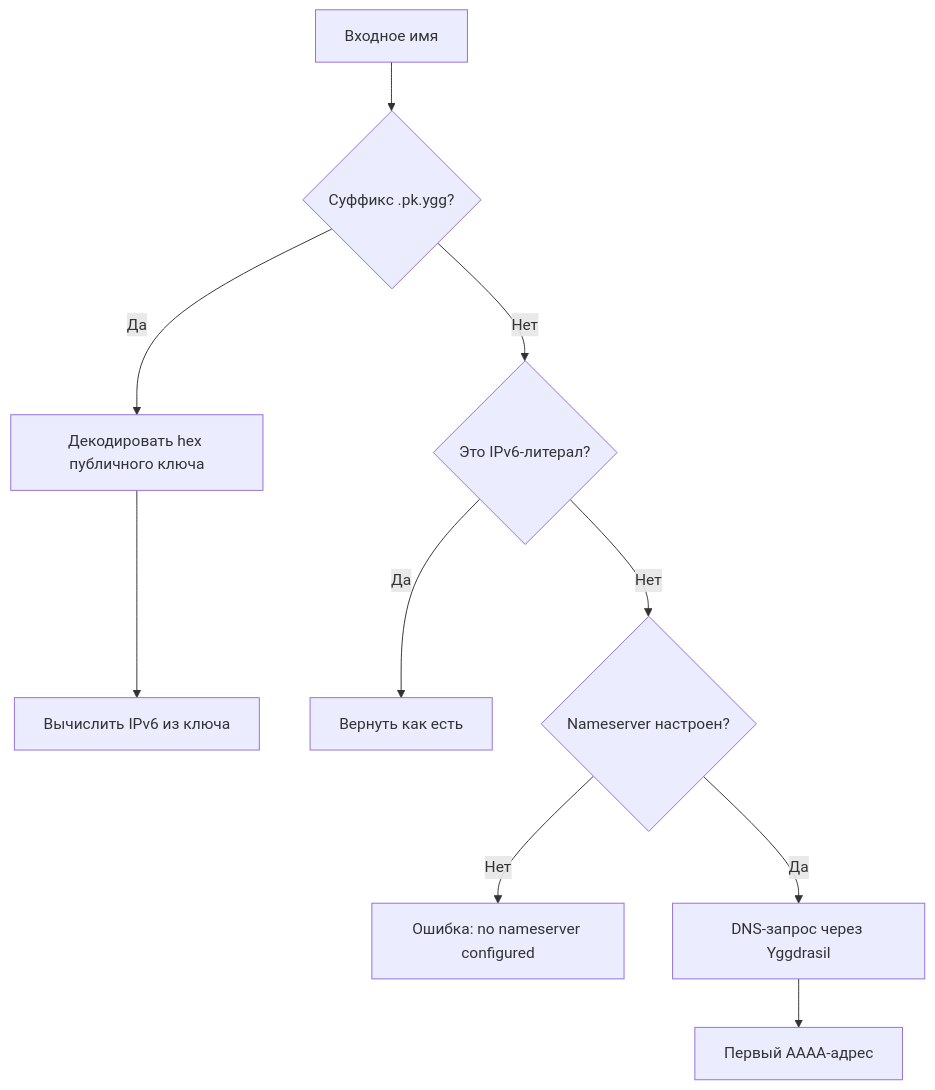
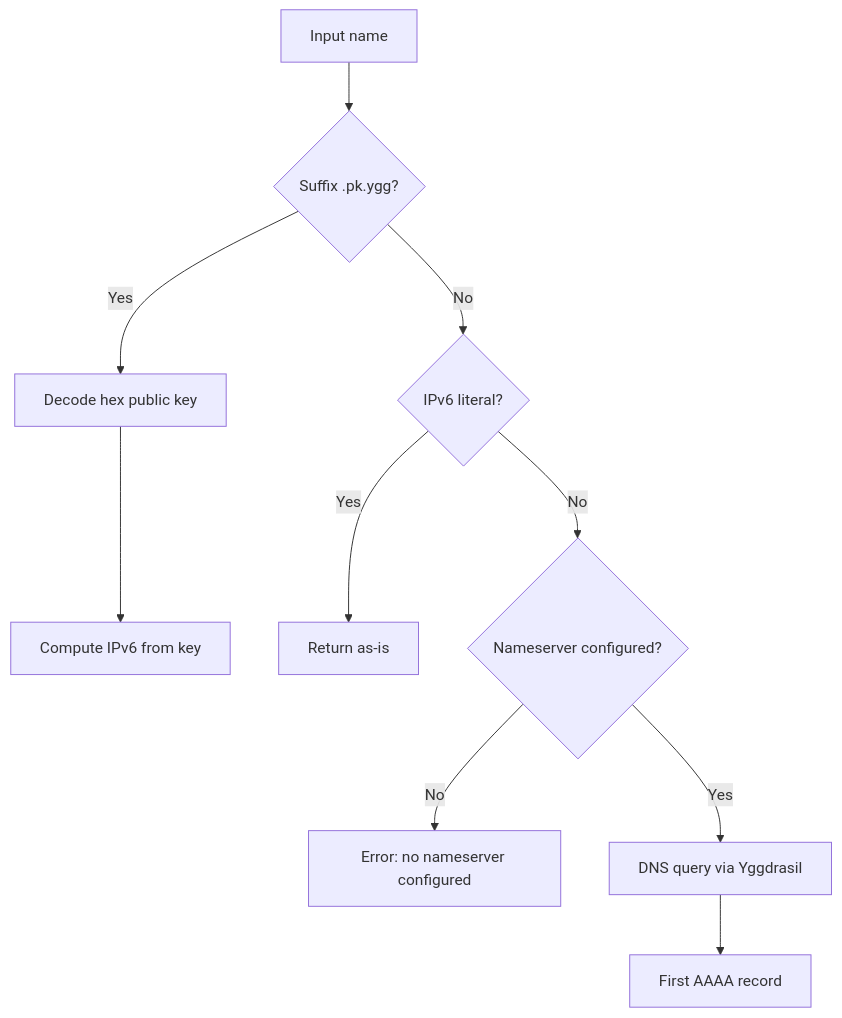
One commit to voluminor/ratatoskr changed the seventh of 11 diagrams in README.md. Above: the diagram before and after it, drawn with Mermaid. The commit also changed other lines of this file and 1 other file, not shown here.

````diff
--- a/README.md
+++ b/README.md
@@ -358,13 +360,13 @@
 ```mermaid
 flowchart TD
-    Input[Входное имя]
-    Input --> PK{Суффикс .pk.ygg?}
-    PK -->|Да| HEX[Декодировать hex публичного ключа]
-    HEX --> ADDR[Вычислить IPv6 из ключа]
-    PK -->|Нет| IP{Это IPv6-литерал?}
-    IP -->|Да| PASS[Вернуть как есть]
-    IP -->|Нет| NS{Nameserver настроен?}
-    NS -->|Нет| ERR[Ошибка: no nameserver configured]
-    NS -->|Да| DNS[DNS-запрос через Yggdrasil]
-    DNS --> RESULT[Первый AAAA-адрес]
+    Input[Input name]
+    Input --> PK{Suffix .pk.ygg?}
+    PK -->|Yes| HEX[Decode hex public key]
+    HEX --> ADDR[Compute IPv6 from key]
+    PK -->|No| IP{IPv6 literal?}
+    IP -->|Yes| PASS[Return as-is]
+    IP -->|No| NS{Nameserver configured?}
+    NS -->|No| ERR[Error: no nameserver configured]
+    NS -->|Yes| DNS[DNS query via Yggdrasil]
+    DNS --> RESULT[First AAAA record]
 ```
````
